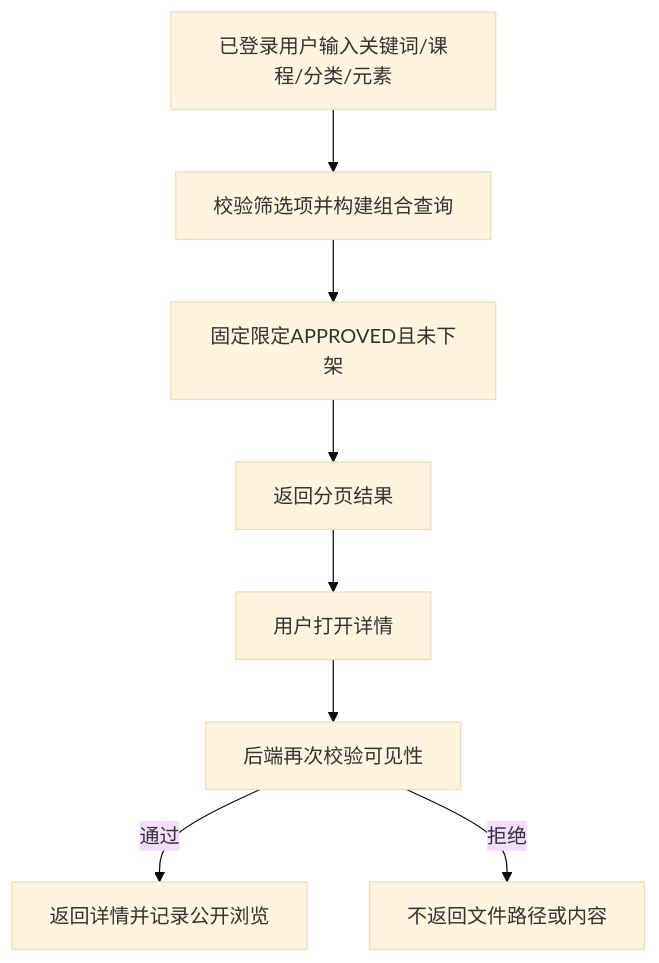
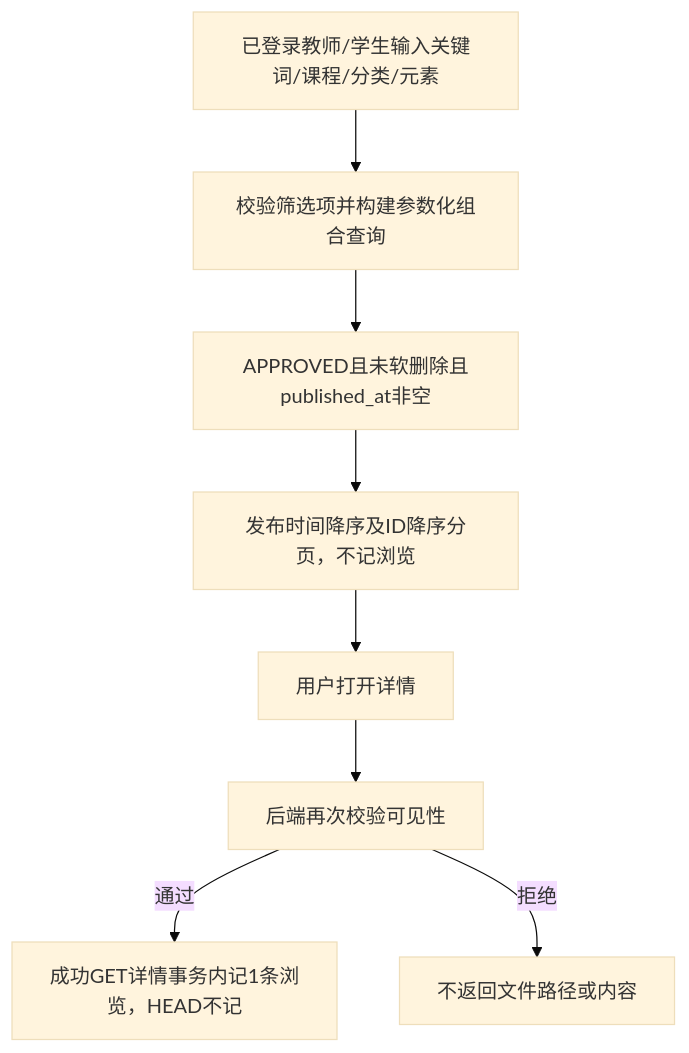
The fourth of 6 diagrams in docs/04-业务流程.md (snowlei1/Management-System), drawn with Mermaid (base theme) before and after one commit. The commit also changed other lines of this file and 29 other files, not shown here.

````diff
--- a/docs/04-业务流程.md
+++ b/docs/04-业务流程.md
@@ -84,10 +84,10 @@
 ```mermaid
 flowchart TD
-    A[已登录用户输入关键词/课程/分类/元素] --> B[校验筛选项并构建组合查询]
-    B --> C[固定限定APPROVED且未下架]
-    C --> D[返回分页结果]
+    A[已登录教师/学生输入关键词/课程/分类/元素] --> B[校验筛选项并构建参数化组合查询]
+    B --> C[APPROVED且未软删除且published_at非空]
+    C --> D[发布时间降序及ID降序分页，不记浏览]
     D --> E[用户打开详情]
     E --> F[后端再次校验可见性]
-    F -->|通过| G[返回详情并记录公开浏览]
+    F -->|通过| G[成功GET详情事务内记1条浏览，HEAD不记]
     F -->|拒绝| H[不返回文件路径或内容]
 ```
````
